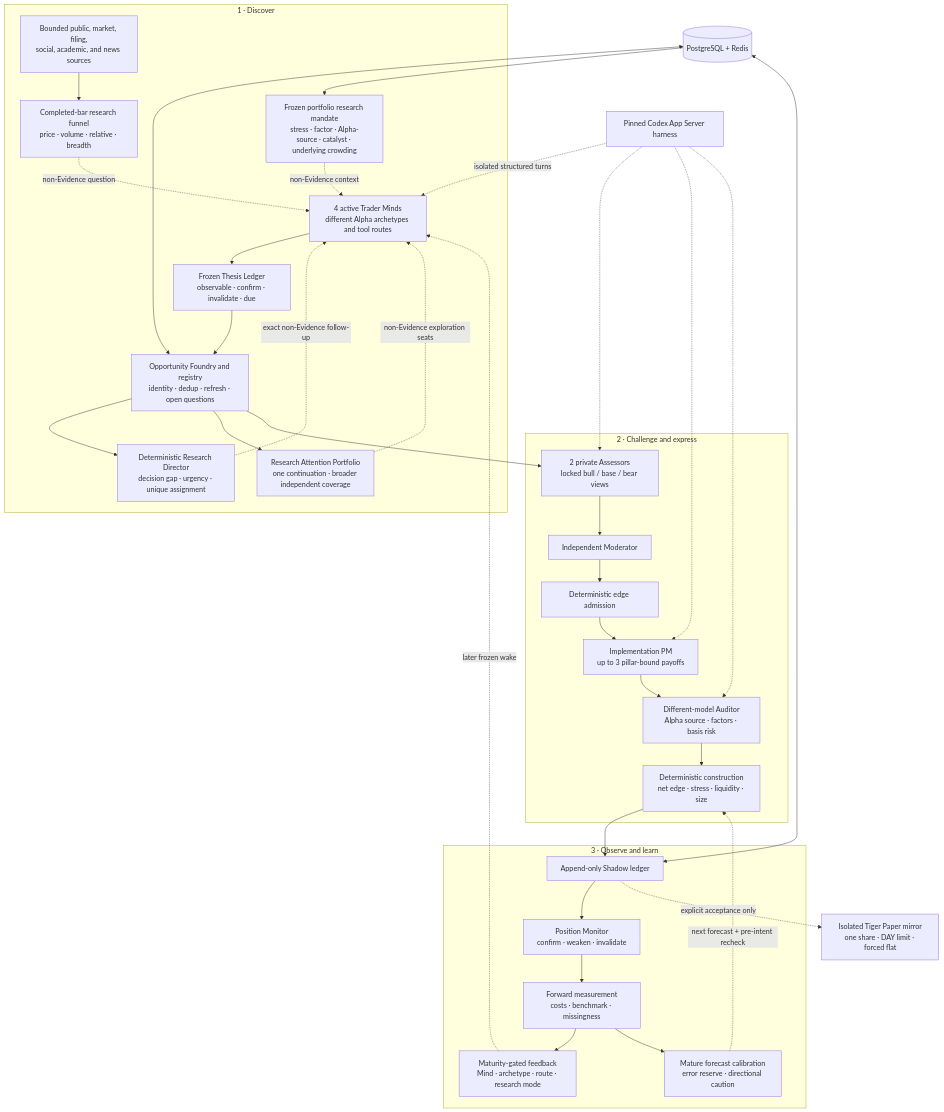
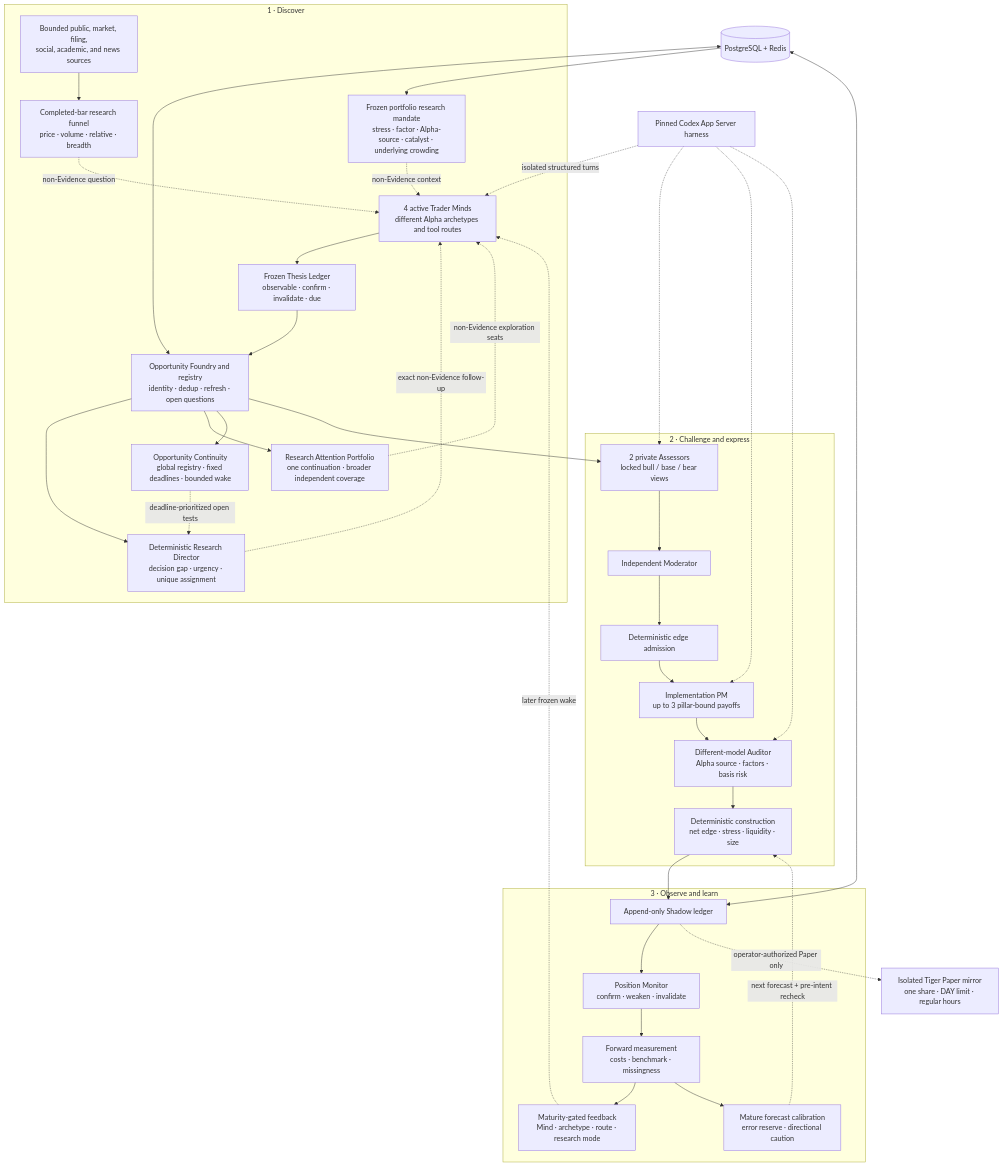
Before and after one commit to kyky2347/ALTA: the second of 2 diagrams in README.md, drawn with Mermaid. The commit also changed other lines of this file and 99 other files, not shown here.

First line of the commit message:
feat: harden research continuity and operator control

````diff
--- a/README.md
+++ b/README.md
@@ -133,50 +161,52 @@
 ```mermaid
 flowchart TB
   subgraph discover["1 · Discover"]
     sources["Bounded public, market, filing,<br/>social, academic, and news sources"]
     screen["Completed-bar research funnel<br/>price · volume · relative · breadth"]
     mandate["Frozen portfolio research mandate<br/>stress · factor · Alpha-source · catalyst · underlying crowding"]
     minds["4 active Trader Minds<br/>different Alpha archetypes and tool routes"]
     thesis["Frozen Thesis Ledger<br/>observable · confirm · invalidate · due"]
     registry["Opportunity Foundry and registry<br/>identity · dedup · refresh · open questions"]
     director["Deterministic Research Director<br/>decision gap · urgency · unique assignment"]
     attention["Research Attention Portfolio<br/>one continuation · broader independent coverage"]
+    continuity["Opportunity Continuity<br/>global registry · fixed deadlines · bounded wake"]
     sources --> screen -. "non-Evidence question" .-> minds --> thesis --> registry
     registry --> director -. "exact non-Evidence follow-up" .-> minds
     registry --> attention -. "non-Evidence exploration seats" .-> minds
+    registry --> continuity -. "deadline-prioritized open tests" .-> director
     mandate -. "non-Evidence context" .-> minds
   end
 
   subgraph decide["2 · Challenge and express"]
     assess["2 private Assessors<br/>locked bull / base / bear views"]
     moderate["Independent Moderator"]
     rank["Deterministic edge admission"]
     implement["Implementation PM<br/>up to 3 pillar-bound payoffs"]
     audit["Different-model Auditor<br/>Alpha source · factors · basis risk"]
     construct["Deterministic construction<br/>net edge · stress · liquidity · size"]
     assess --> moderate --> rank --> implement --> audit --> construct
   end
 
   subgraph learn["3 · Observe and learn"]
     ledger["Append-only Shadow ledger"]
     monitor["Position Monitor<br/>confirm · weaken · invalidate"]
     outcome["Forward measurement<br/>costs · benchmark · missingness"]
     feedback["Maturity-gated feedback<br/>Mind · archetype · route · research mode"]
     calibration["Mature forecast calibration<br/>error reserve · directional caution"]
     ledger --> monitor --> outcome --> feedback
     outcome --> calibration
   end
 
   registry --> assess
   construct --> ledger
   feedback -. "later frozen wake" .-> minds
   calibration -. "next forecast + pre-intent recheck" .-> construct
   state[("PostgreSQL + Redis")] <--> registry
   state <--> ledger
   state --> mandate
   harness["Pinned Codex App Server harness"] -. "isolated structured turns" .-> minds
   harness -.-> assess
   harness -.-> implement
   harness -.-> audit
-  ledger -. "explicit acceptance only" .-> paper["Isolated Tiger Paper mirror<br/>one share · DAY limit · forced flat"]
+  ledger -. "operator-authorized Paper only" .-> paper["Isolated Tiger Paper mirror<br/>one share · DAY limit · regular hours"]
 ```
````
